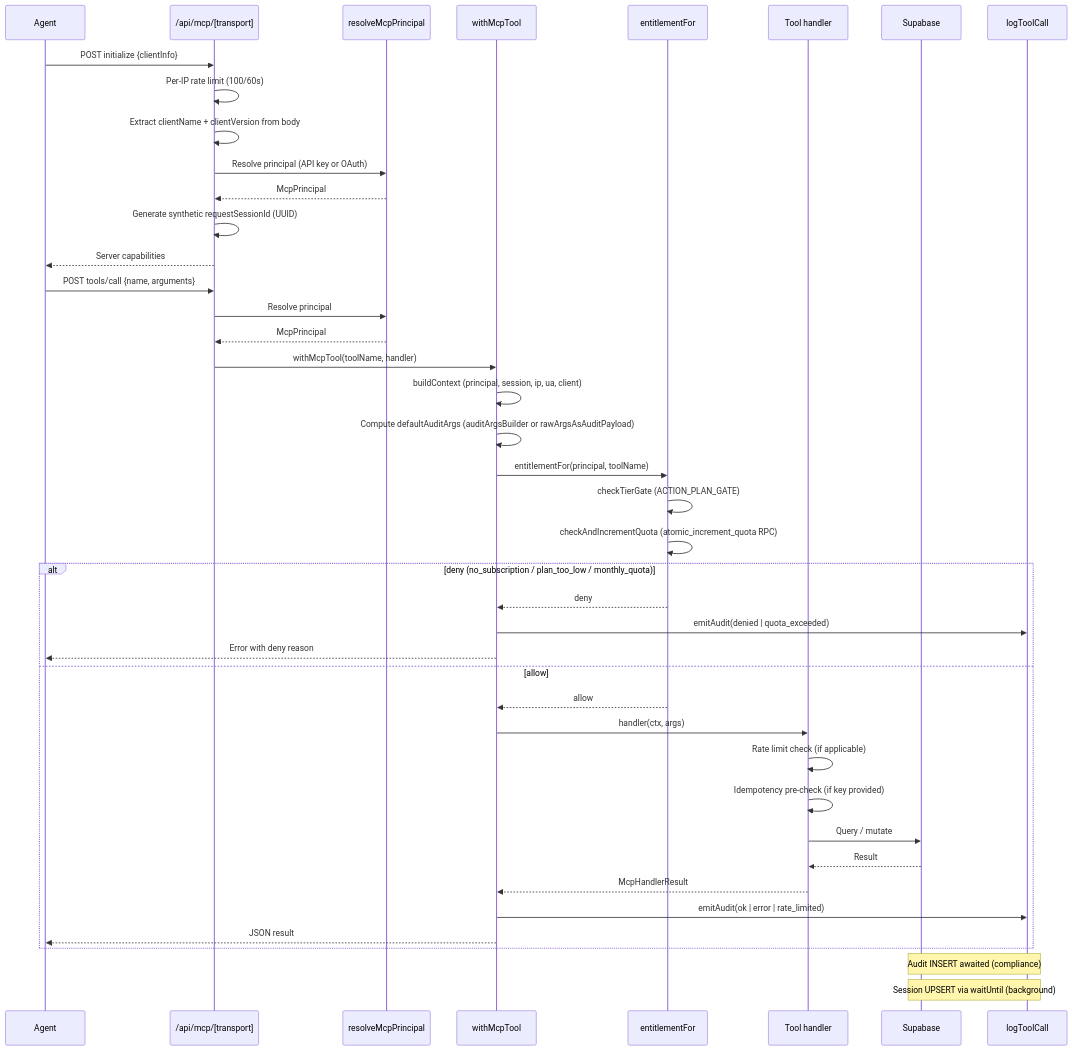
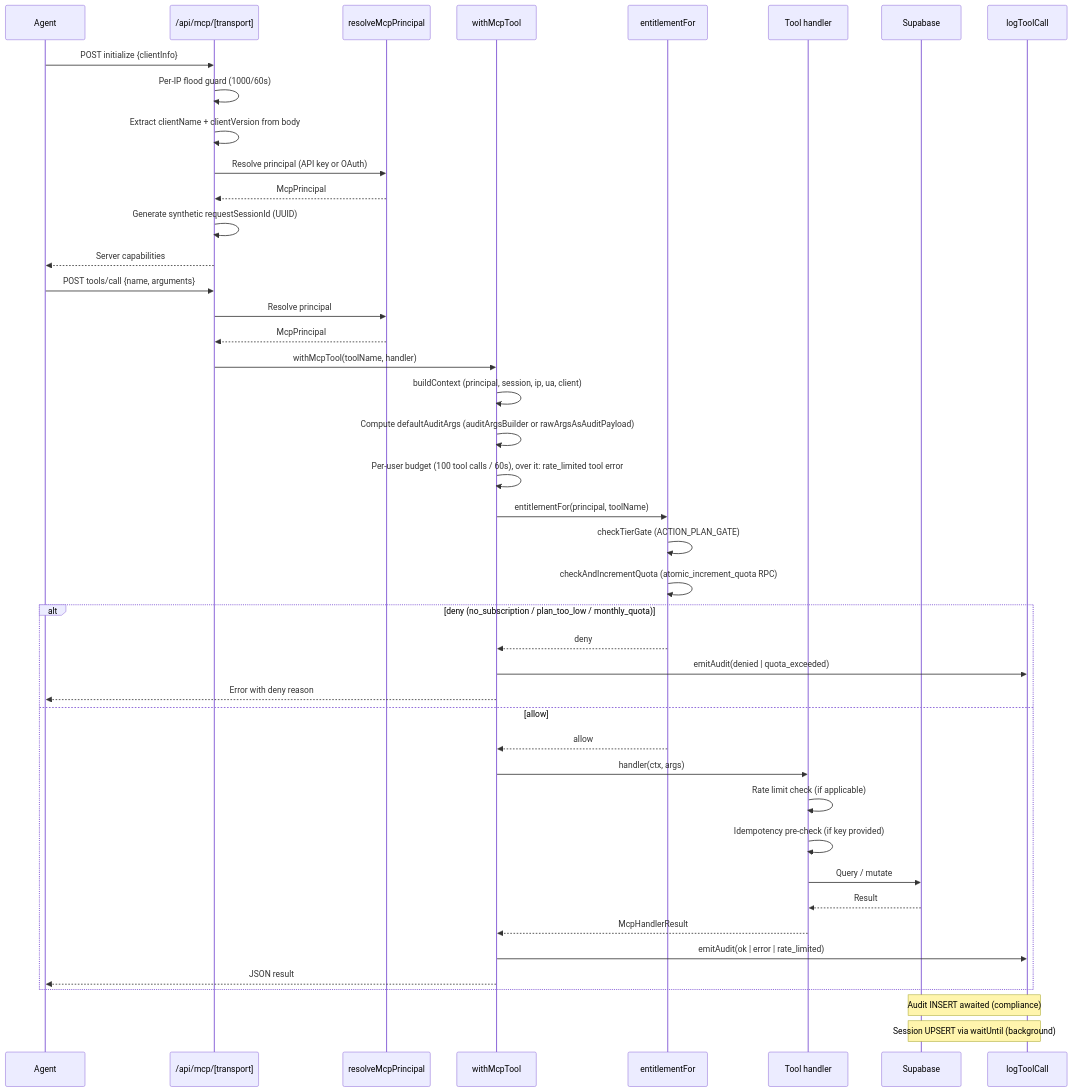
The second of 2 diagrams in docs/MCP.md (Andy00L/sharetopus), drawn with Mermaid before and after one commit. The commit also changed other lines of this file and 7 other files, not shown here.

````diff
--- a/docs/MCP.md
+++ b/docs/MCP.md
@@ -682,48 +683,49 @@
 ```mermaid
 sequenceDiagram
     participant A as Agent
     participant R as /api/mcp/[transport]
     participant Auth as resolveMcpPrincipal
     participant HOF as withMcpTool
     participant Ent as entitlementFor
     participant Tool as Tool handler
     participant DB as Supabase
     participant Audit as logToolCall
 
     A->>R: POST initialize {clientInfo}
-    R->>R: Per-IP rate limit (100/60s)
+    R->>R: Per-IP flood guard (1000/60s)
     R->>R: Extract clientName + clientVersion from body
     R->>Auth: Resolve principal (API key or OAuth)
     Auth-->>R: McpPrincipal
     R->>R: Generate synthetic requestSessionId (UUID)
     R-->>A: Server capabilities
 
     A->>R: POST tools/call {name, arguments}
     R->>Auth: Resolve principal
     Auth-->>R: McpPrincipal
     R->>HOF: withMcpTool(toolName, handler)
     HOF->>HOF: buildContext (principal, session, ip, ua, client)
     HOF->>HOF: Compute defaultAuditArgs (auditArgsBuilder or rawArgsAsAuditPayload)
+    HOF->>HOF: Per-user budget (100 tool calls / 60s), over it: rate_limited tool error
     HOF->>Ent: entitlementFor(principal, toolName)
     Ent->>Ent: checkTierGate (ACTION_PLAN_GATE)
     Ent->>Ent: checkAndIncrementQuota (atomic_increment_quota RPC)
 
     alt deny (no_subscription / plan_too_low / monthly_quota)
         Ent-->>HOF: deny
         HOF->>Audit: emitAudit(denied | quota_exceeded)
         HOF-->>A: Error with deny reason
     else allow
         Ent-->>HOF: allow
         HOF->>Tool: handler(ctx, args)
         Tool->>Tool: Rate limit check (if applicable)
         Tool->>Tool: Idempotency pre-check (if key provided)
         Tool->>DB: Query / mutate
         DB-->>Tool: Result
         Tool-->>HOF: McpHandlerResult
         HOF->>Audit: emitAudit(ok | error | rate_limited)
         HOF-->>A: JSON result
     end
 
     Note over Audit,DB: Audit INSERT awaited (compliance)
     Note over Audit,DB: Session UPSERT via waitUntil (background)
 ```
````
